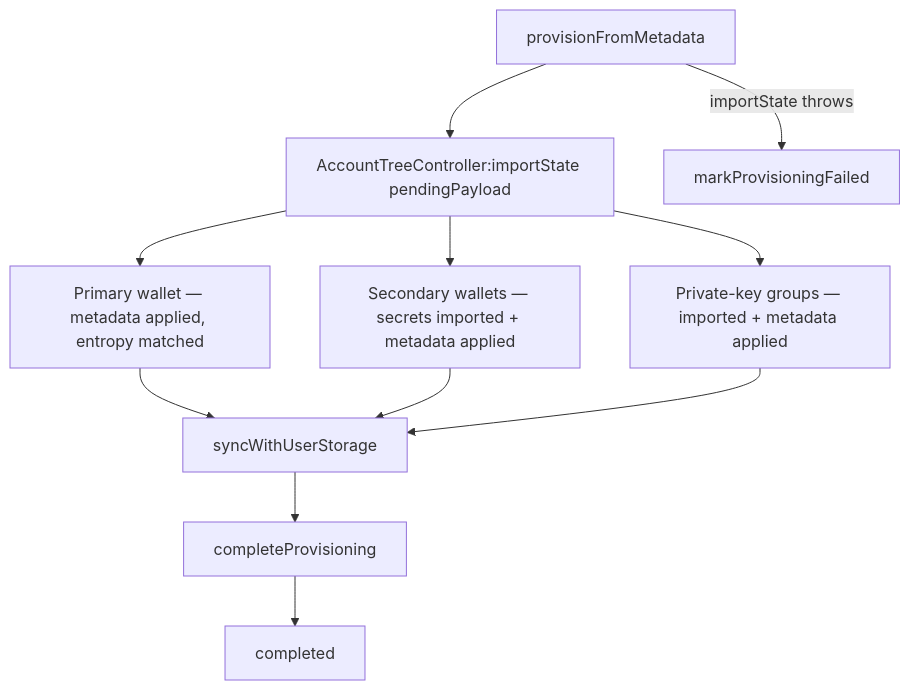
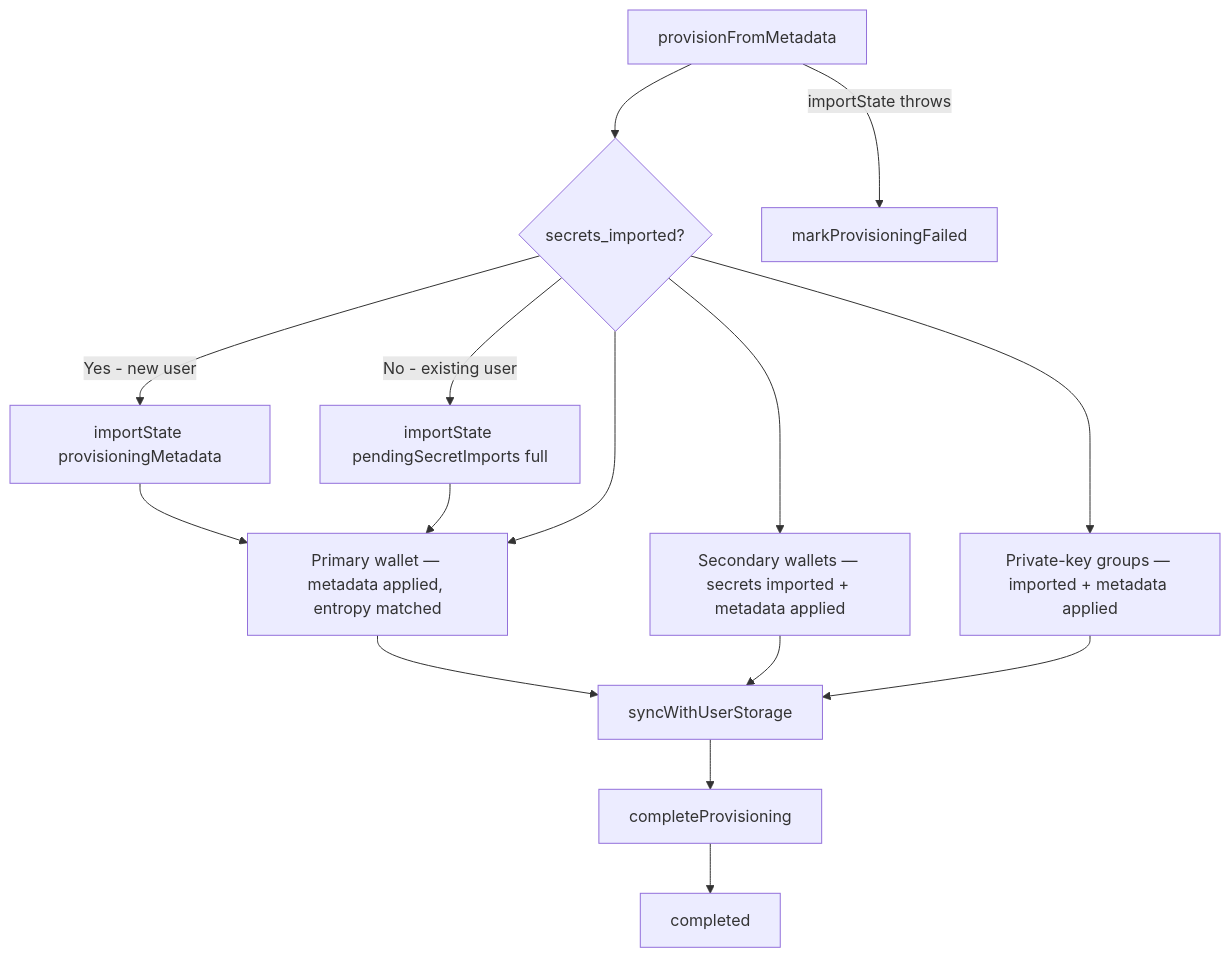
The fourth of 4 diagrams in docs/qr-sync/provisioning-technical.md (MetaMask/metamask-mobile), drawn with Mermaid before and after one commit. The commit also changed other lines of this file and 1 other file, not shown here.

Commit message:
docs: re-update docs with the refactored 2-steps flow

````diff
--- a/docs/qr-sync/provisioning-technical.md
+++ b/docs/qr-sync/provisioning-technical.md
@@ -255,13 +264,17 @@
 ```mermaid
 flowchart TD
-    A[provisionFromMetadata] --> B[AccountTreeController:importState pendingPayload]
+    A[provisionFromMetadata] --> B{secrets_imported?}
+    B -->|Yes - new user| B2[importState provisioningMetadata]
+    B -->|No - existing user| B3[importState pendingSecretImports full]
+    B2 --> C
+    B3 --> C
     B --> C[Primary wallet — metadata applied, entropy matched]
     B --> D[Secondary wallets — secrets imported + metadata applied]
     B --> E[Private-key groups — imported + metadata applied]
     C --> R[syncWithUserStorage]
     D --> R
     E --> R
     R --> G[completeProvisioning]
     G --> I[completed]
     A -->|importState throws| H[markProvisioningFailed]
 ```
````
